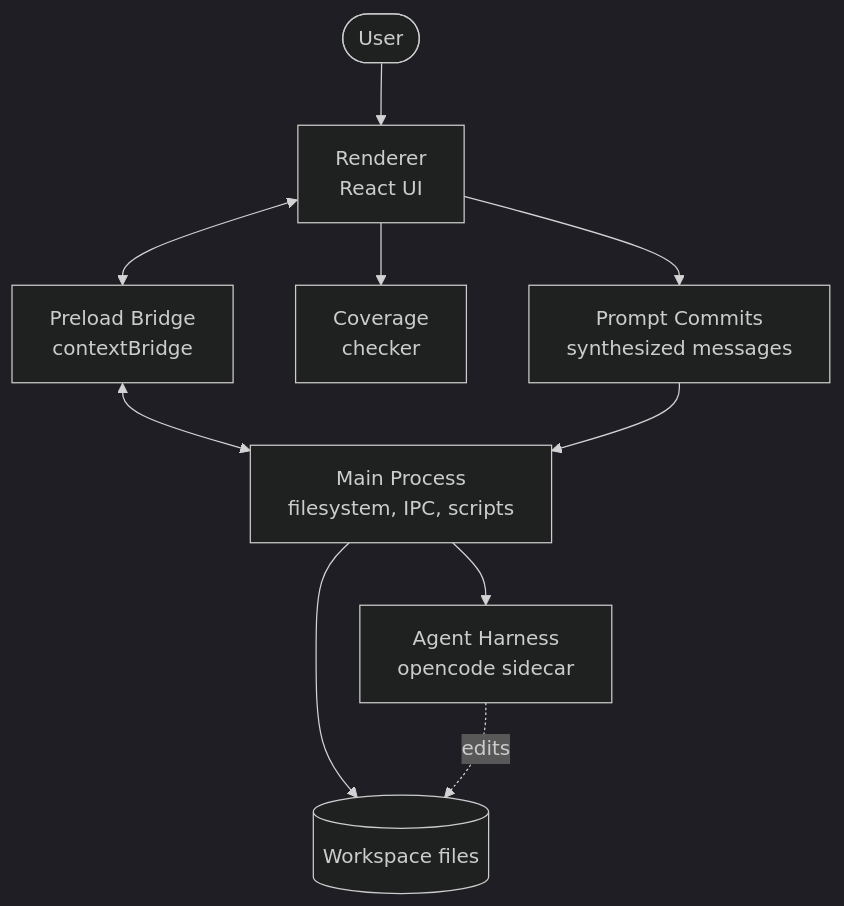
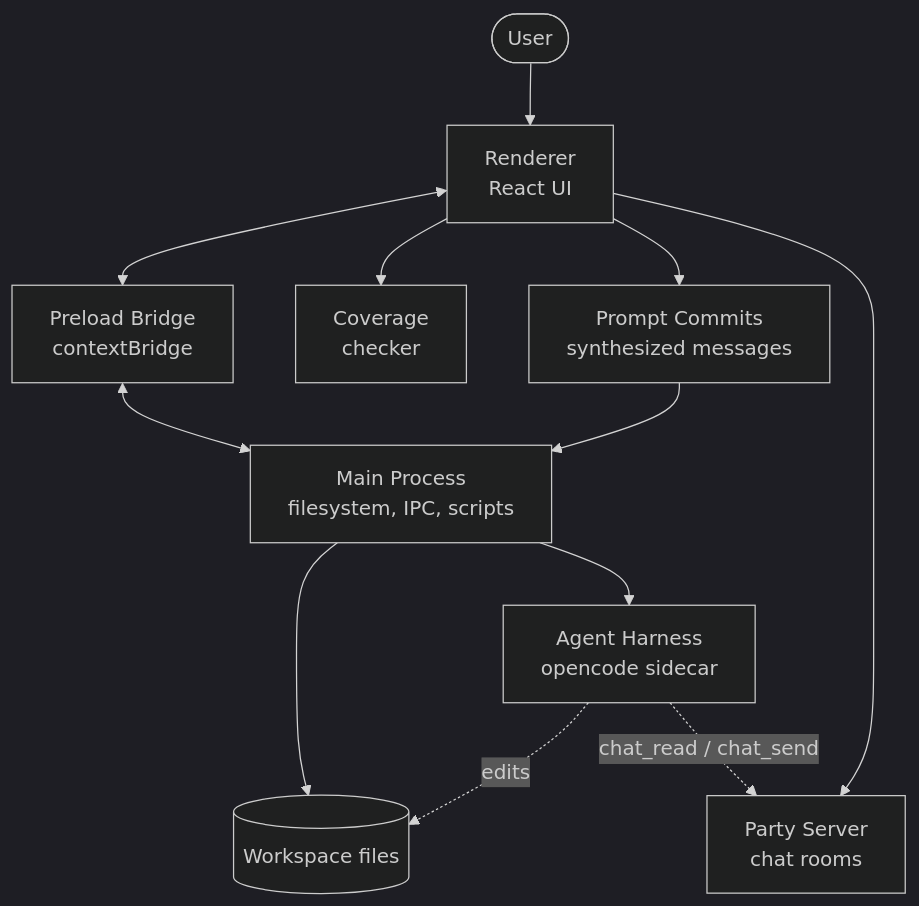
Before and after one commit to keithagroves/codeswim: the diagram in overview.md, drawn with Mermaid (dark theme). The commit also changed other lines of this file and 4 other files, not shown here.

First line of the commit message:
Document the party chat server in architecture diagrams

````diff
--- a/overview.md
+++ b/overview.md
@@ -14,21 +14,24 @@
 ```mermaid
 flowchart TD
     User([User]) --> Renderer[Renderer<br/>React UI]
     Renderer <--> Preload[Preload Bridge<br/>contextBridge]
     Preload <--> Main[Main Process<br/>filesystem, IPC, scripts]
     Main --> FS[(Workspace files)]
     Main --> Sidecar[Agent Harness<br/>opencode sidecar]
     Renderer --> Coverage[Coverage<br/>checker]
     Renderer --> Commit[Prompt Commits<br/>synthesized messages]
+    Renderer --> Party[Party Server<br/>chat rooms]
     Commit --> Main
     Sidecar -.->|edits| FS
+    Sidecar -.->|chat_read / chat_send| Party
 
     click User call navigate("./overview.md")
     click FS call navigate("./overview.md")
     click Renderer call navigate("./architecture/renderer.md")
     click Preload call navigate("./architecture/preload.md")
     click Main call navigate("./architecture/main-process.md")
     click Sidecar call navigate("./architecture/agent-harness.md")
     click Coverage call navigate("./architecture/coverage.md")
     click Commit call navigate("./architecture/prompt-commits.md")
+    click Party call navigate("./architecture/party.md")
 ```
````
